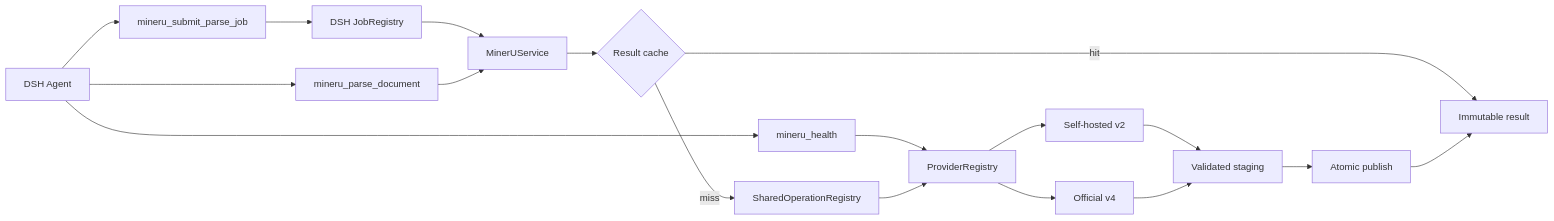
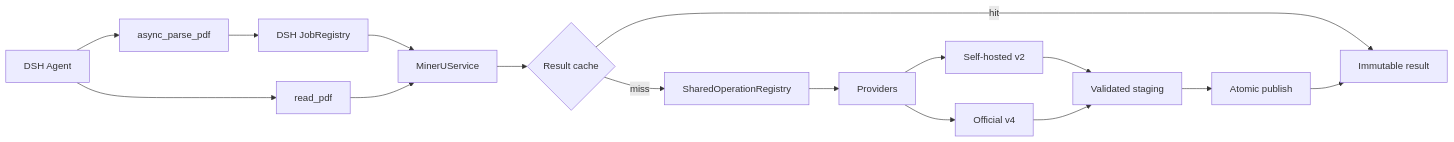
One commit to the-beating-light-of-the-nail/dsh-meme-hub-site changed the diagram in public/readmes/dsh-pdf-mineru.md. Above: the diagram before and after it, drawn with Mermaid. The commit also changed other lines of this file and 212 other files, not shown here.

````diff
--- a/public/readmes/dsh-pdf-mineru.md
+++ b/public/readmes/dsh-pdf-mineru.md
@@ -131,22 +132,20 @@
 ```mermaid
 flowchart LR
-    Agent[DSH Agent] --> Health[mineru_health]
-    Agent --> Sync[mineru_parse_document]
-    Agent --> Async[mineru_submit_parse_job]
+    Agent[DSH Agent] --> Sync[read_pdf]
+    Agent --> Async[async_parse_pdf]
 
     Async --> Jobs[DSH JobRegistry]
     Jobs --> Service[MinerUService]
     Sync --> Service
-    Health --> Providers[ProviderRegistry]
 
     Service --> Cache{Result cache}
     Cache -->|hit| Result[Immutable result]
     Cache -->|miss| Shared[SharedOperationRegistry]
     Shared --> Providers
     Providers --> V2[Self-hosted v2]
     Providers --> V4[Official v4]
     V2 --> Staging[Validated staging]
     V4 --> Staging
     Staging --> Publish[Atomic publish]
     Publish --> Result
 ```
````
